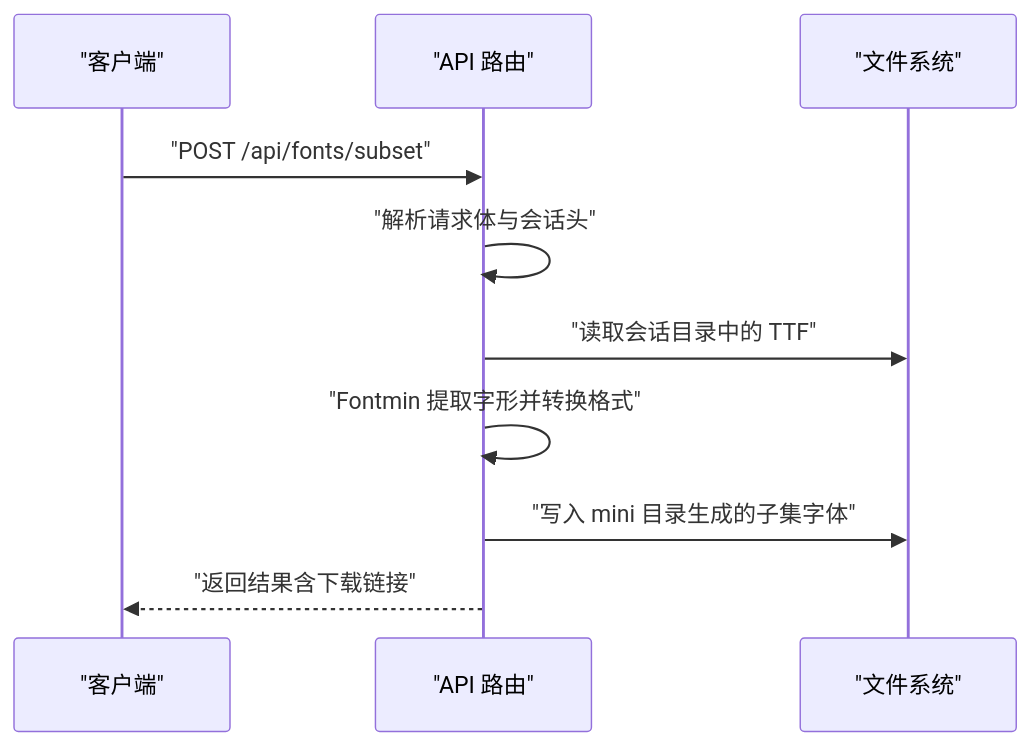
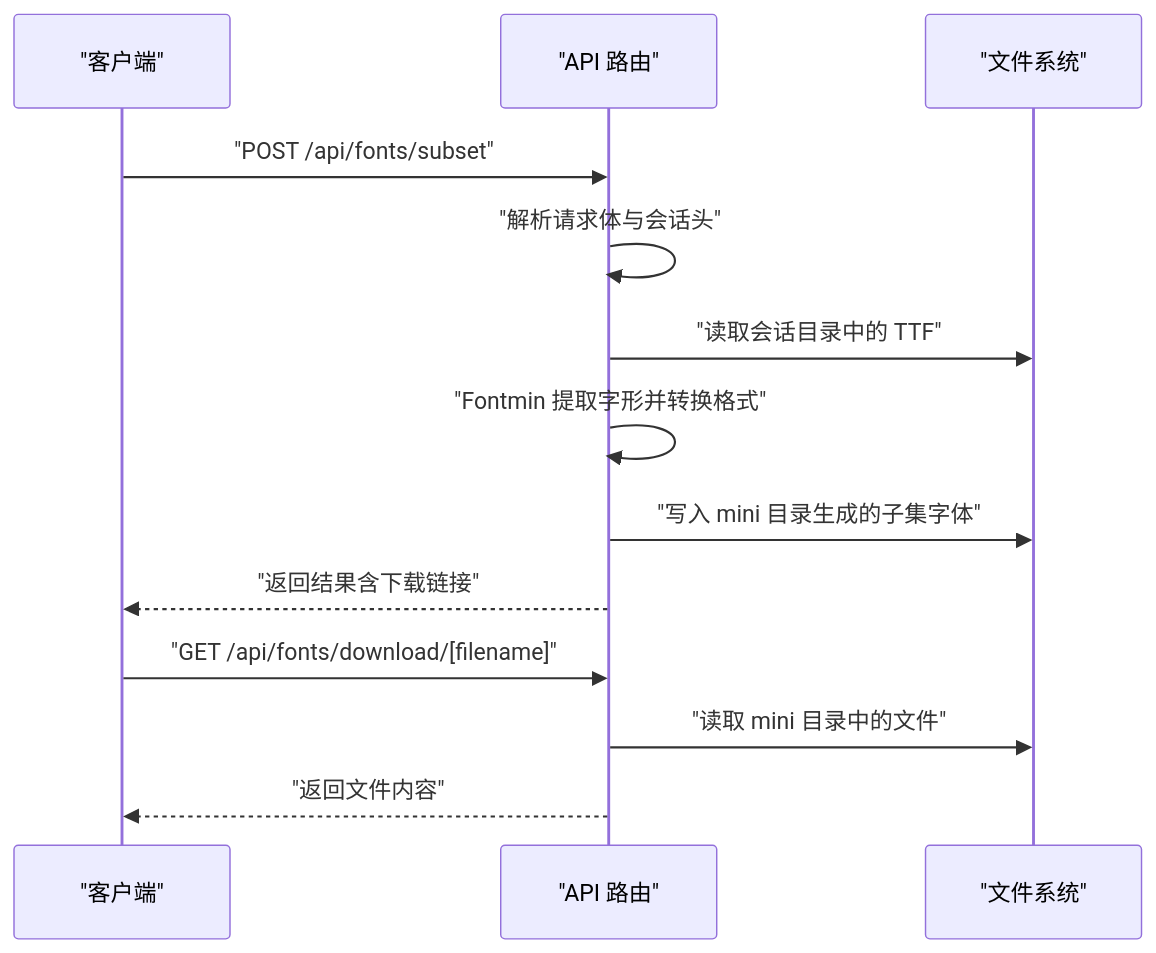
One commit to tutusiji/FontMinify changed the second of 3 diagrams in .qoder/repowiki/zh/content/API接口参考/API接口参考.md. Above: the diagram before and after it, drawn with Mermaid. The commit also changed other lines of this file and 12 other files, not shown here.

````diff
--- a/.qoder/repowiki/zh/content/API接口参考/API接口参考.md
+++ b/.qoder/repowiki/zh/content/API接口参考/API接口参考.md
@@ -100,12 +116,15 @@
 ```mermaid
 sequenceDiagram
 participant Client as "客户端"
 participant API as "API 路由"
 participant FS as "文件系统"
 Client->>API : "POST /api/fonts/subset"
 API->>API : "解析请求体与会话头"
 API->>FS : "读取会话目录中的 TTF"
 API->>API : "Fontmin 提取字形并转换格式"
 API->>FS : "写入 mini 目录生成的子集字体"
 API-->>Client : "返回结果含下载链接"
+Client->>API : "GET /api/fonts/download/[filename]"
+API->>FS : "读取 mini 目录中的文件"
+API-->>Client : "返回文件内容"
 ```
````
